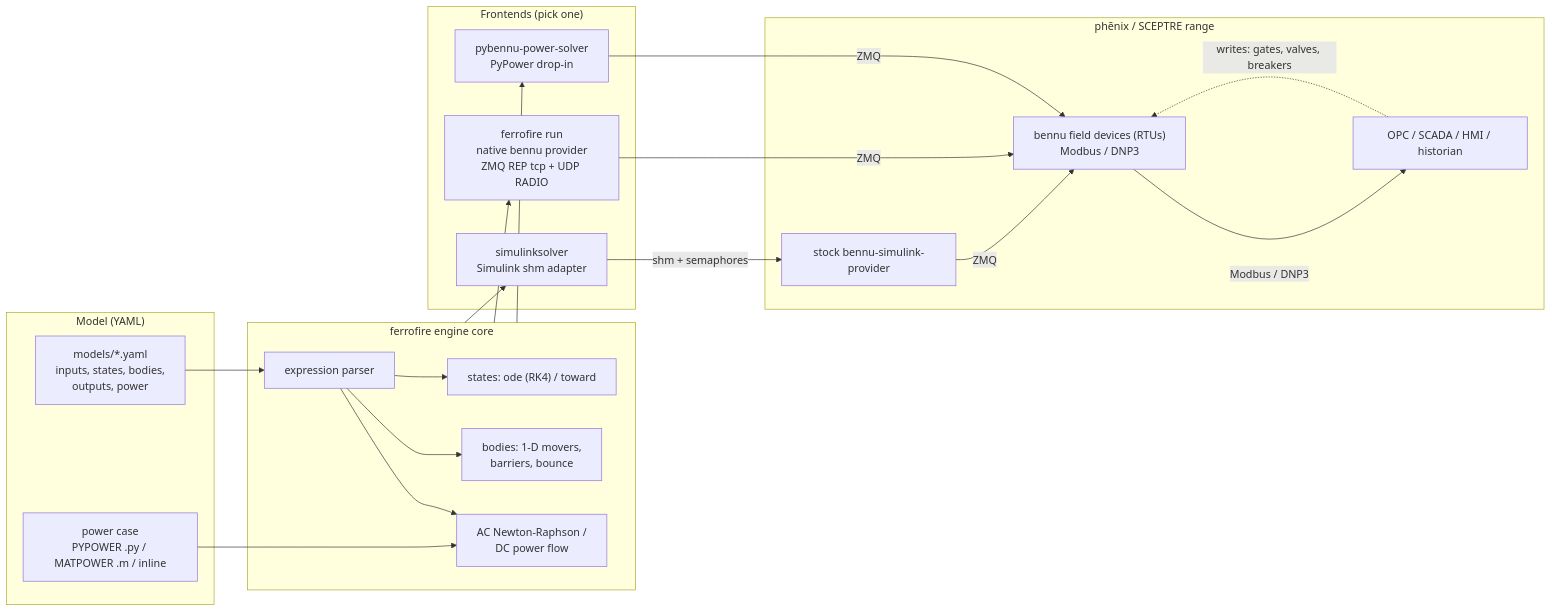
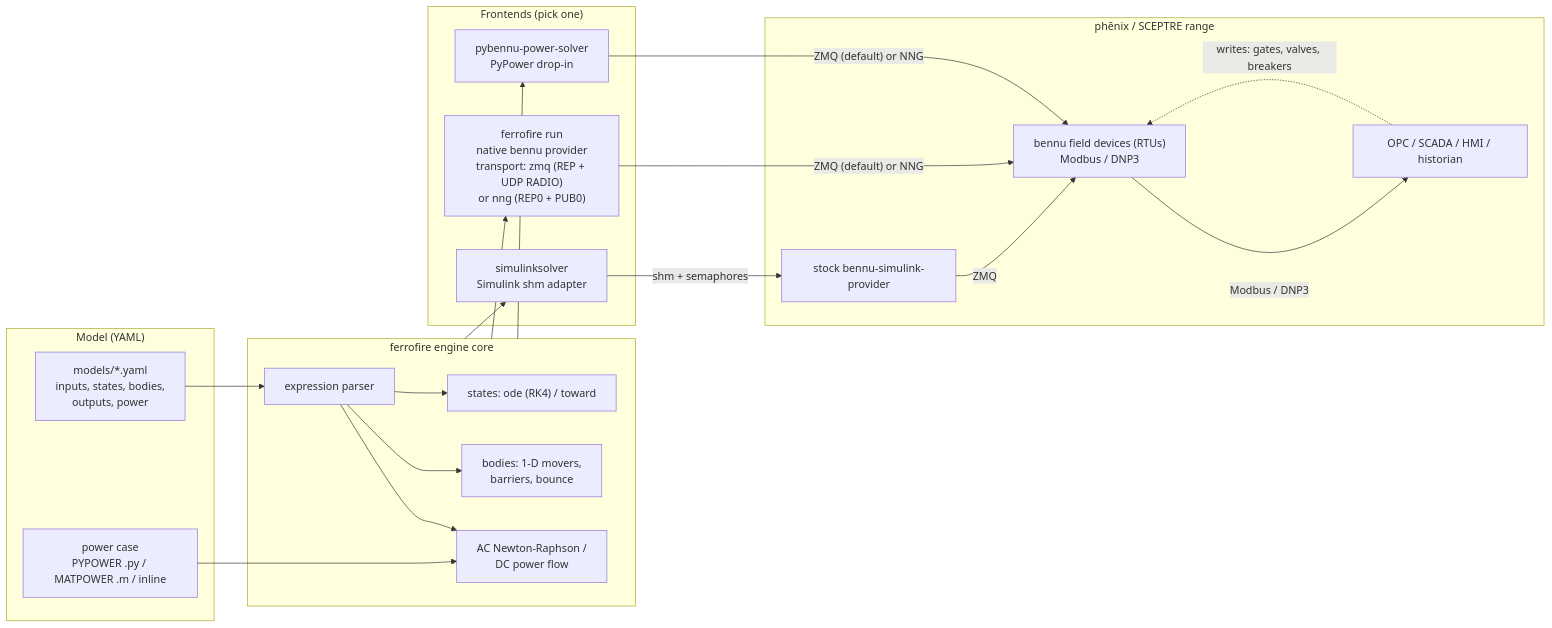
One commit to adamsrnmsu/ferrofire changed the diagram in README.md. Above: the diagram before and after it, drawn with Mermaid. The commit also changed other lines of this file, not shown here.

First line of the commit message:
docs: transport table, frontends table and diagram labels

````diff
--- a/README.md
+++ b/README.md
@@ -37,33 +37,33 @@
 ```mermaid
 flowchart LR
   subgraph model["Model (YAML)"]
     M["models/*.yaml<br/>inputs, states, bodies,<br/>outputs, power"]
     C["power case<br/>PYPOWER .py / MATPOWER .m / inline"]
   end
   subgraph core["ferrofire engine core"]
     E["expression parser"]
     S["states: ode (RK4) / toward"]
     B["bodies: 1-D movers,<br/>barriers, bounce"]
     P["AC Newton-Raphson /<br/>DC power flow"]
   end
   subgraph fe["Frontends (pick one)"]
-    N["ferrofire run<br/>native bennu provider<br/>ZMQ REP tcp + UDP RADIO"]
+    N["ferrofire run<br/>native bennu provider<br/>transport: zmq (REP + UDP RADIO)<br/>or nng (REP0 + PUB0)"]
     SL["simulinksolver<br/>Simulink shm adapter"]
     PY["pybennu-power-solver<br/>PyPower drop-in"]
   end
   subgraph range["phēnix / SCEPTRE range"]
     BP["stock bennu-simulink-provider"]
     FD["bennu field devices (RTUs)<br/>Modbus / DNP3"]
     SC["OPC / SCADA / HMI / historian"]
   end
   M --> E
   C --> P
   E --> S & B & P
   core --> N & SL & PY
   SL -- "shm + semaphores" --> BP
   BP -- "ZMQ" --> FD
-  N -- "ZMQ" --> FD
-  PY -- "ZMQ" --> FD
+  N -- "ZMQ (default) or NNG" --> FD
+  PY -- "ZMQ (default) or NNG" --> FD
   FD -- "Modbus / DNP3" --> SC
   SC -. "writes: gates, valves, breakers" .-> FD
 ```
````
